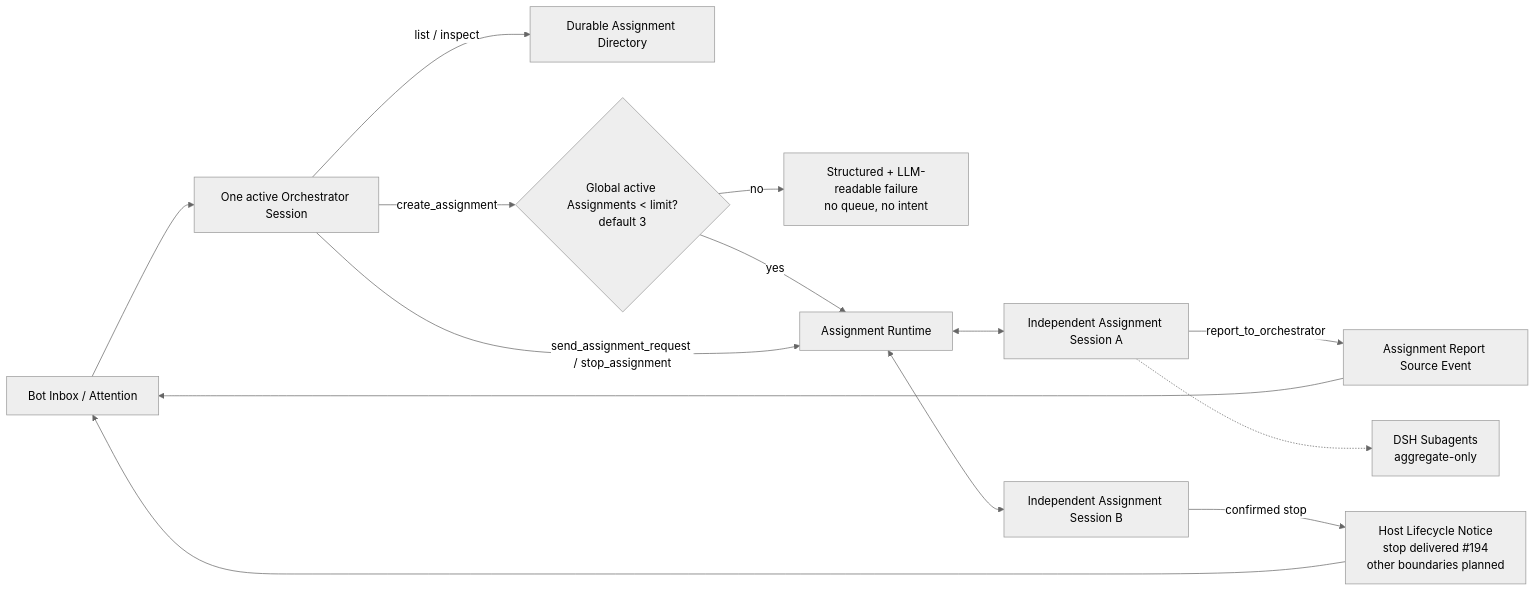
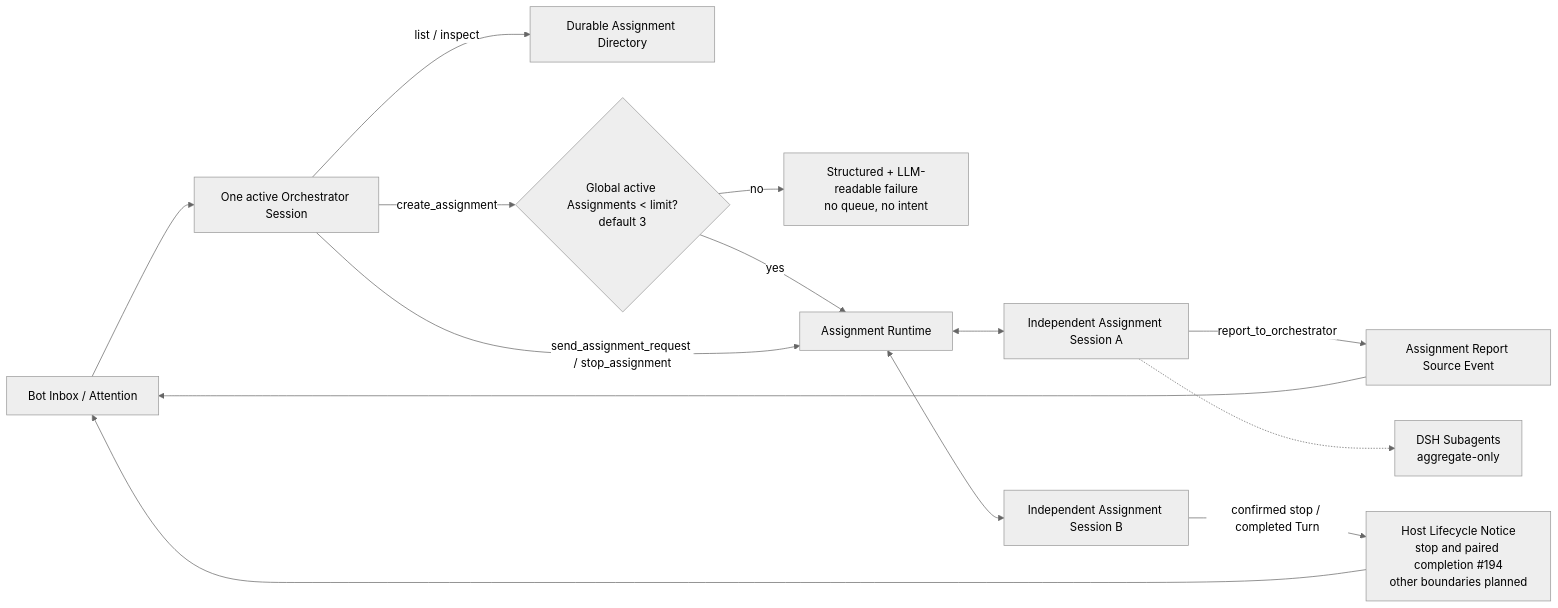
Before and after one commit to BotHarness/BotHarness: the fifth of 7 diagrams in docs/architecture/botharness-architecture.md, drawn with Mermaid (neutral theme). The commit also changed other lines of this file and 30 other files, not shown here.

````diff
--- a/docs/architecture/botharness-architecture.md
+++ b/docs/architecture/botharness-architecture.md
@@ -368,16 +368,16 @@
 ```mermaid
 flowchart LR
   Inbox["Bot Inbox / Attention"] --> O["One active Orchestrator Session"]
   O -->|"list / inspect"| Dir["Durable Assignment Directory"]
   O -->|"create_assignment"| Gate{"Global active Assignments < limit?<br/>default 3"}
   Gate -- "no" --> Error["Structured + LLM-readable failure<br/>no queue, no intent"]
   Gate -- "yes" --> Runtime["Assignment Runtime"]
   O -->|"send_assignment_request / stop_assignment"| Runtime
   Runtime <--> W1["Independent Assignment Session A"]
   Runtime <--> W2["Independent Assignment Session B"]
   W1 -->|"report_to_orchestrator"| Report["Assignment Report Source Event"]
-  W2 -->|"confirmed stop"| Notice["Host Lifecycle Notice<br/>stop delivered #194<br/>other boundaries planned"]
+  W2 -->|"confirmed stop / completed Turn"| Notice["Host Lifecycle Notice<br/>stop and paired completion #194<br/>other boundaries planned"]
   Report --> Inbox
   Notice --> Inbox
   W1 -.-> Sub["DSH Subagents<br/>aggregate-only"]
 ```
````
